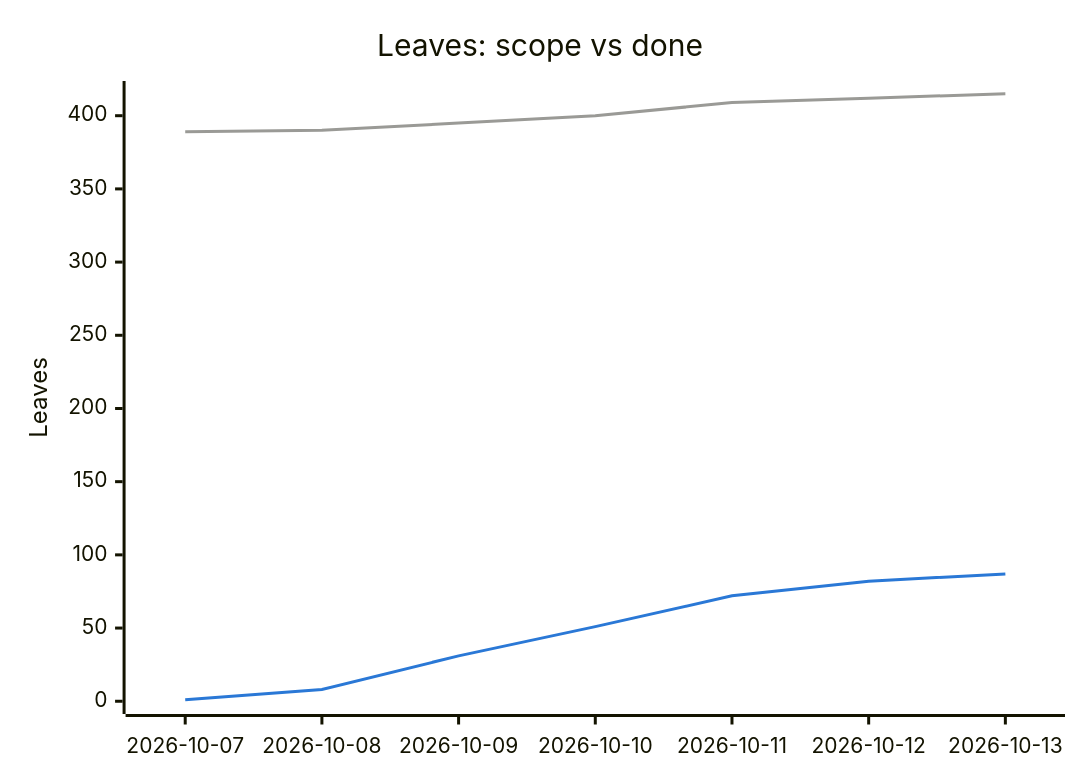
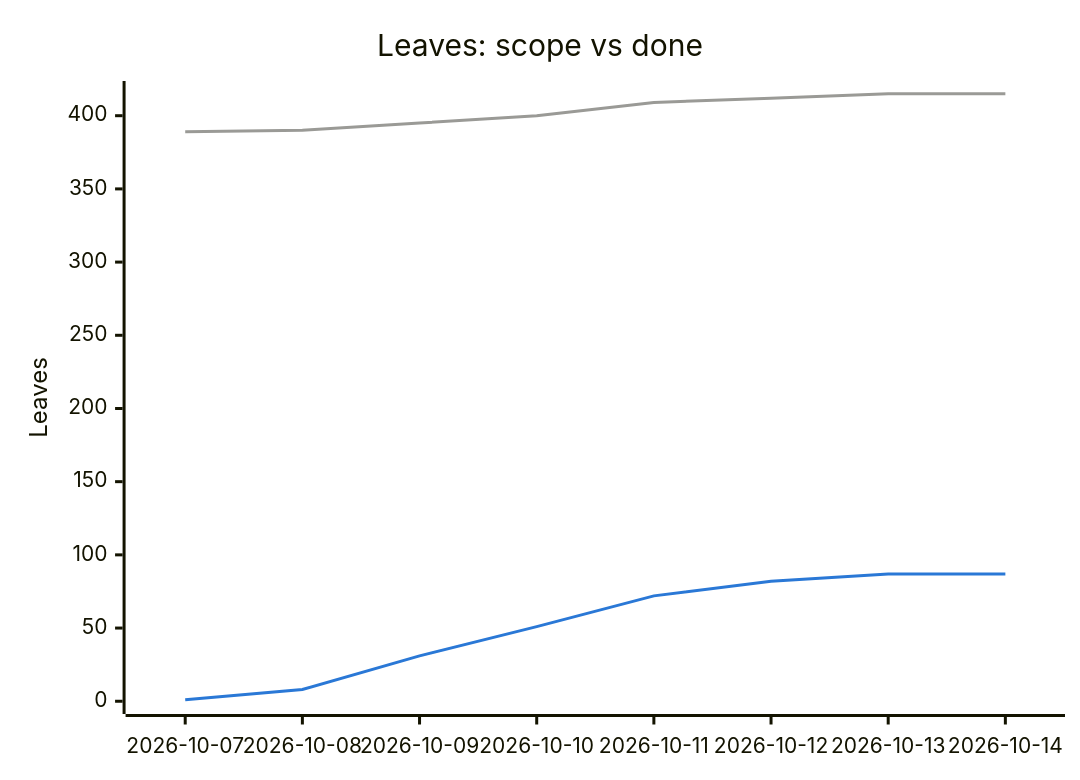
The second of 2 diagrams in PROGRESS.md (tomiok/persiaDB), drawn with Mermaid before and after one commit. The commit also changed other lines of this file and 2 other files, not shown here.

Commit message:
chore(roadmap): start 2.2.4 (FaultyStorage crash modelling)

````diff
--- a/PROGRESS.md
+++ b/PROGRESS.md
@@ -105,14 +106,14 @@
 ```mermaid
 ---
 config:
   themeVariables:
     xyChart:
       plotColorPalette: "#9a9a96, #2a78d6"
 ---
 xychart-beta
   title "Leaves: scope vs done"
-  x-axis ["2026-10-07", "2026-10-08", "2026-10-09", "2026-10-10", "2026-10-11", "2026-10-12", "2026-10-13"]
+  x-axis ["2026-10-07", "2026-10-08", "2026-10-09", "2026-10-10", "2026-10-11", "2026-10-12", "2026-10-13", "2026-10-14"]
   y-axis "Leaves" 0 --> 415
-  line [389, 390, 395, 400, 409, 412, 415]
-  line [1, 8, 31, 51, 72, 82, 87]
+  line [389, 390, 395, 400, 409, 412, 415, 415]
+  line [1, 8, 31, 51, 72, 82, 87, 87]
 ```
````
